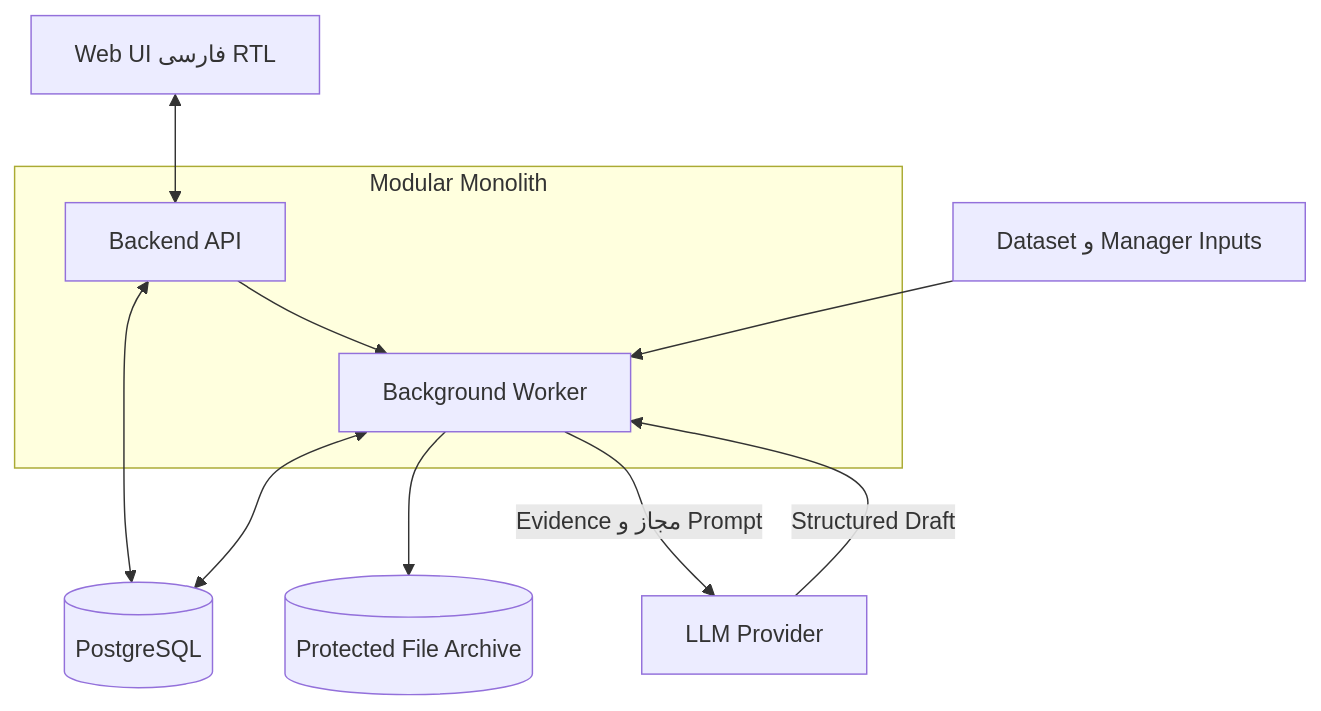
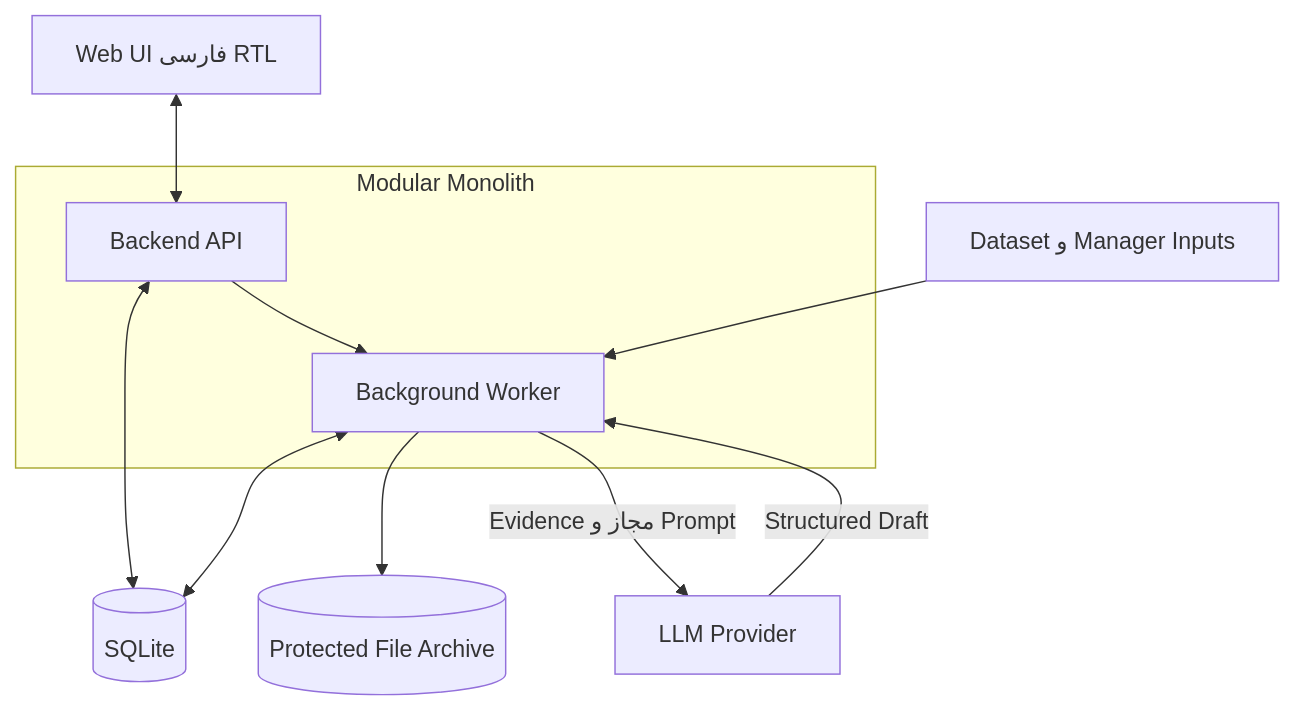
Before and after one commit to orgpilot-team/OrgPilot: the second of 4 diagrams in Docs/Arka-ToBe-Architecture-Review/to-be-architecture.md, drawn with Mermaid. The commit also changed other lines of this file and 11 other files, not shown here.

Commit message:
docs: finalize architecture review artifacts

````diff
--- a/Docs/Arka-ToBe-Architecture-Review/to-be-architecture.md
+++ b/Docs/Arka-ToBe-Architecture-Review/to-be-architecture.md
@@ -51,24 +51,24 @@
 ```mermaid
 flowchart TB
     UI[Web UI فارسی RTL]
     API[Backend API]
     Worker[Background Worker]
-    DB[(PostgreSQL)]
+    DB[(SQLite)]
     Files[(Protected File Archive)]
     LLM[LLM Provider]
     Inputs[Dataset و Manager Inputs]
 
     UI <--> API
     API <--> DB
     API --> Worker
     Inputs --> Worker
     Worker --> Files
     Worker <--> DB
     Worker -->|Evidence مجاز و Prompt| LLM
     LLM -->|Structured Draft| Worker
 
     subgraph Modular Monolith
       API
       Worker
     end
 ```
````
